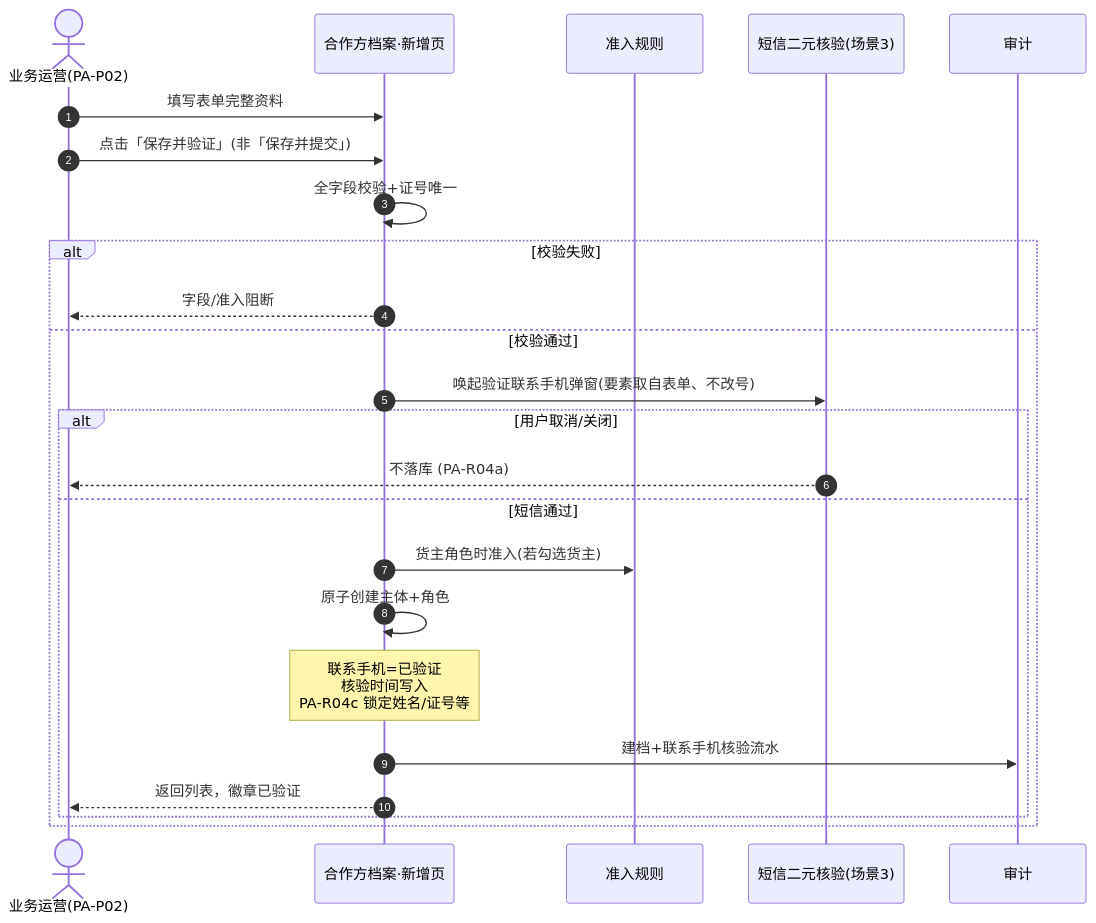
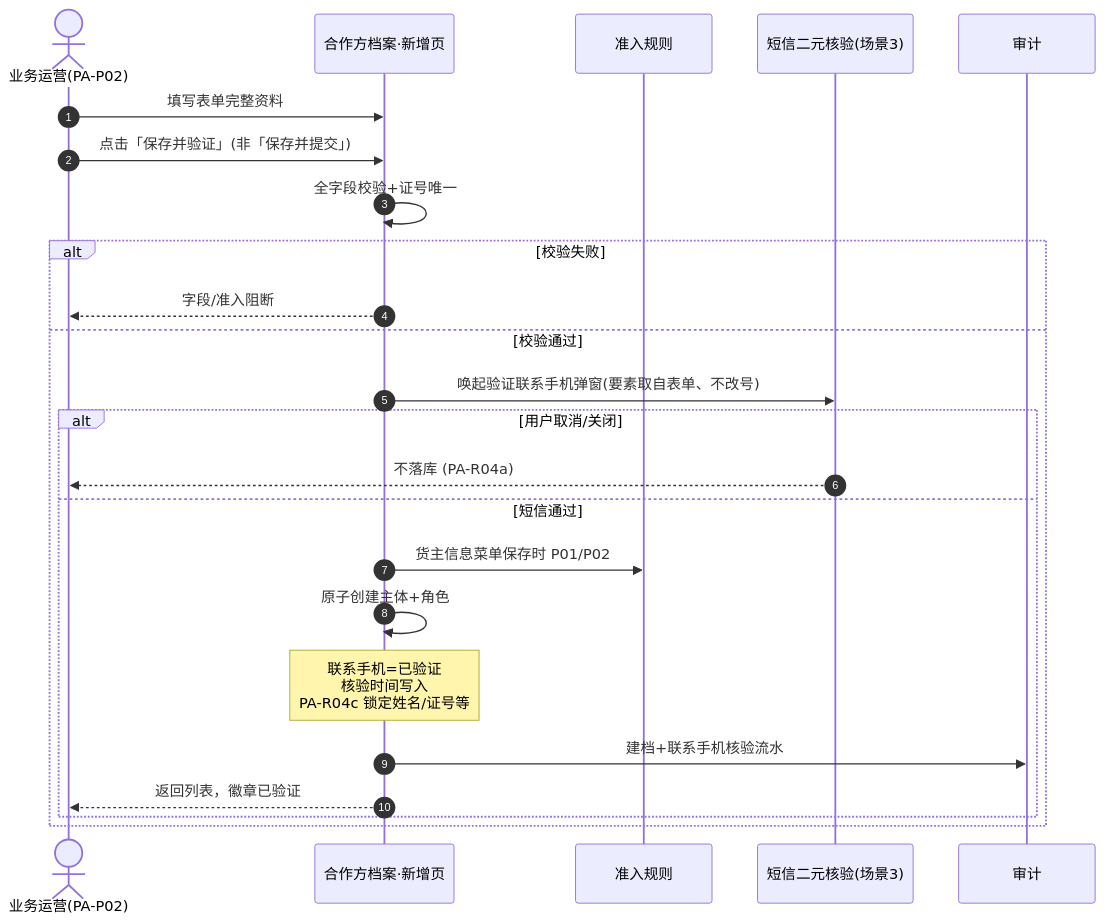
One commit to RobertHuang999/SYZC changed the fifth of 8 diagrams in 02-PRD文档/B-迭代需求/6.3版本（2026.09）/04-合作方档案/合作方档案-业务流程推演.md. Above: the diagram before and after it, drawn with Mermaid. The commit also changed other lines of this file and 163 other files, not shown here.

````diff
--- a/02-PRD文档/B-迭代需求/6.3版本（2026.09）/04-合作方档案/合作方档案-业务流程推演.md
+++ b/02-PRD文档/B-迭代需求/6.3版本（2026.09）/04-合作方档案/合作方档案-业务流程推演.md
@@ -171,27 +180,27 @@
 ```mermaid
 sequenceDiagram
     autonumber
     actor Op as 业务运营(PA-P02)
     participant PA as 合作方档案·新增页
     participant Rule as 准入规则
     participant SMS as 短信二元核验(场景3)
     participant Audit as 审计
 
     Op->>PA: 填写表单完整资料
     Op->>PA: 点击「保存并验证」(非「保存并提交」)
     PA->>PA: 全字段校验+证号唯一
     alt 校验失败
         PA-->>Op: 字段/准入阻断
     else 校验通过
         PA->>SMS: 唤起验证联系手机弹窗(要素取自表单、不改号)
         alt 用户取消/关闭
             SMS-->>Op: 不落库 (PA-R04a)
         else 短信通过
-            PA->>Rule: 货主角色时准入(若勾选货主)
+            PA->>Rule: 货主信息菜单保存时 P01/P02
             PA->>PA: 原子创建主体+角色
             Note over PA: 联系手机=已验证<br/>核验时间写入<br/>PA-R04c 锁定姓名/证号等
             PA->>Audit: 建档+联系手机核验流水
             PA-->>Op: 返回列表，徽章已验证
         end
     end
 ```
````
